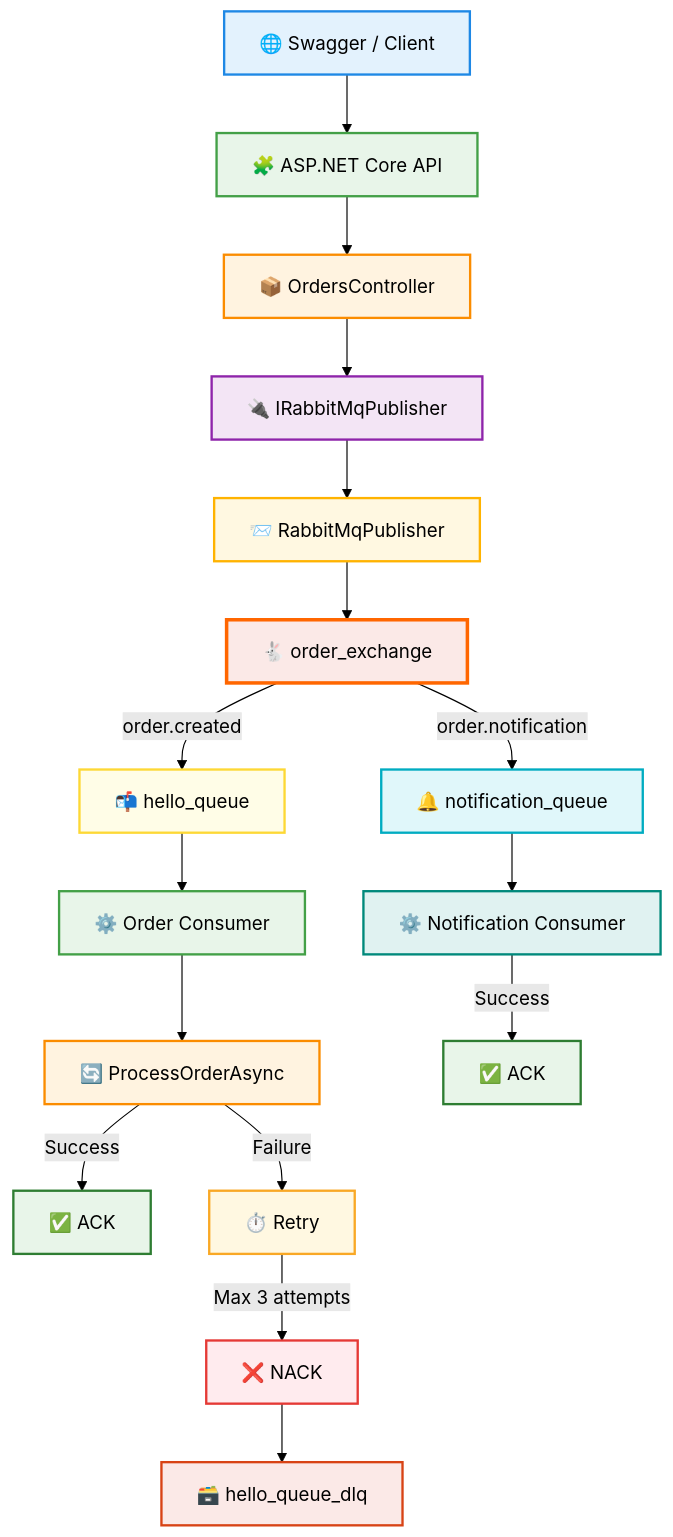
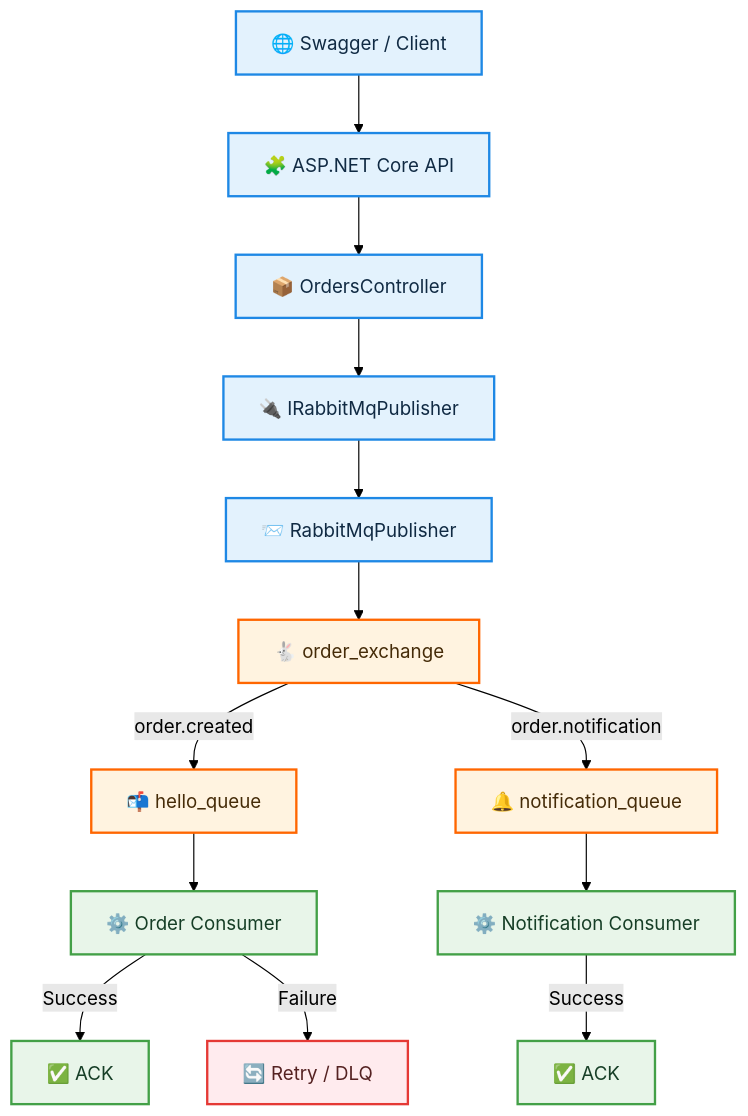
Before and after one commit to EkinYildiran/RabbitMqProject: the second of 3 diagrams in README.md, drawn with Mermaid (forest theme). The commit also changed other lines of this file and 34 other files, not shown here.

````diff
--- a/README.md
+++ b/README.md
@@ -17,43 +48,23 @@
 ```mermaid
 flowchart TD
-
     A["🌐 Swagger / Client"] --> B["🧩 ASP.NET Core API"]
-
     B --> C["📦 OrdersController"]
     C --> D["🔌 IRabbitMqPublisher"]
     D --> E["📨 RabbitMqPublisher"]
-
     E --> F["🐇 order_exchange"]
-
-    F -->|"order.created"| G["📬 hello_queue"]
-    F -->|"order.notification"| H["🔔 notification_queue"]
-
+    F -->|order.created| G["📬 hello_queue"]
+    F -->|order.notification| H["🔔 notification_queue"]
     G --> I["⚙️ Order Consumer"]
     H --> J["⚙️ Notification Consumer"]
-
-    I --> K["🔄 ProcessOrderAsync"]
-    K -->|"Success"| L["✅ ACK"]
-    K -->|"Failure"| M["⏱️ Retry"]
-
-    M -->|"Max 3 attempts"| N["❌ NACK"]
-    N --> O["🗃️ hello_queue_dlq"]
-
-    J -->|"Success"| P["✅ ACK"]
-
-    style A fill:#E3F2FD,stroke:#1E88E5,stroke-width:2px
-    style B fill:#E8F5E9,stroke:#43A047,stroke-width:2px
-    style C fill:#FFF3E0,stroke:#FB8C00,stroke-width:2px
-    style D fill:#F3E5F5,stroke:#8E24AA,stroke-width:2px
-    style E fill:#FFF8E1,stroke:#FFB300,stroke-width:2px
-    style F fill:#FBE9E7,stroke:#FF6600,stroke-width:3px
-    style G fill:#FFFDE7,stroke:#FDD835,stroke-width:2px
-    style H fill:#E0F7FA,stroke:#00ACC1,stroke-width:2px
-    style I fill:#E8F5E9,stroke:#43A047,stroke-width:2px
-    style J fill:#E0F2F1,stroke:#00897B,stroke-width:2px
-    style K fill:#FFF3E0,stroke:#FB8C00,stroke-width:2px
-    style L fill:#E8F5E9,stroke:#2E7D32,stroke-width:2px
-    style M fill:#FFF8E1,stroke:#F9A825,stroke-width:2px
-    style N fill:#FFEBEE,stroke:#E53935,stroke-width:2px
-    style O fill:#FBE9E7,stroke:#D84315,stroke-width:2px
-    style P fill:#E8F5E9,stroke:#2E7D32,stroke-width:2px
+    I -->|Success| K["✅ ACK"]
+    I -->|Failure| L["🔄 Retry / DLQ"]
+    J -->|Success| M["✅ ACK"]
+    classDef api fill:#E3F2FD,stroke:#1E88E5,stroke-width:2px,color:#102A43
+    classDef broker fill:#FFF3E0,stroke:#FF6600,stroke-width:2px,color:#452B08
+    classDef consumer fill:#E8F5E9,stroke:#43A047,stroke-width:2px,color:#163E26
+    classDef fail fill:#FFEBEE,stroke:#E53935,stroke-width:2px,color:#552222
+    class A,B,C,D,E api
+    class F,G,H broker
+    class I,J,K,M consumer
+    class L fail
 ```
````
